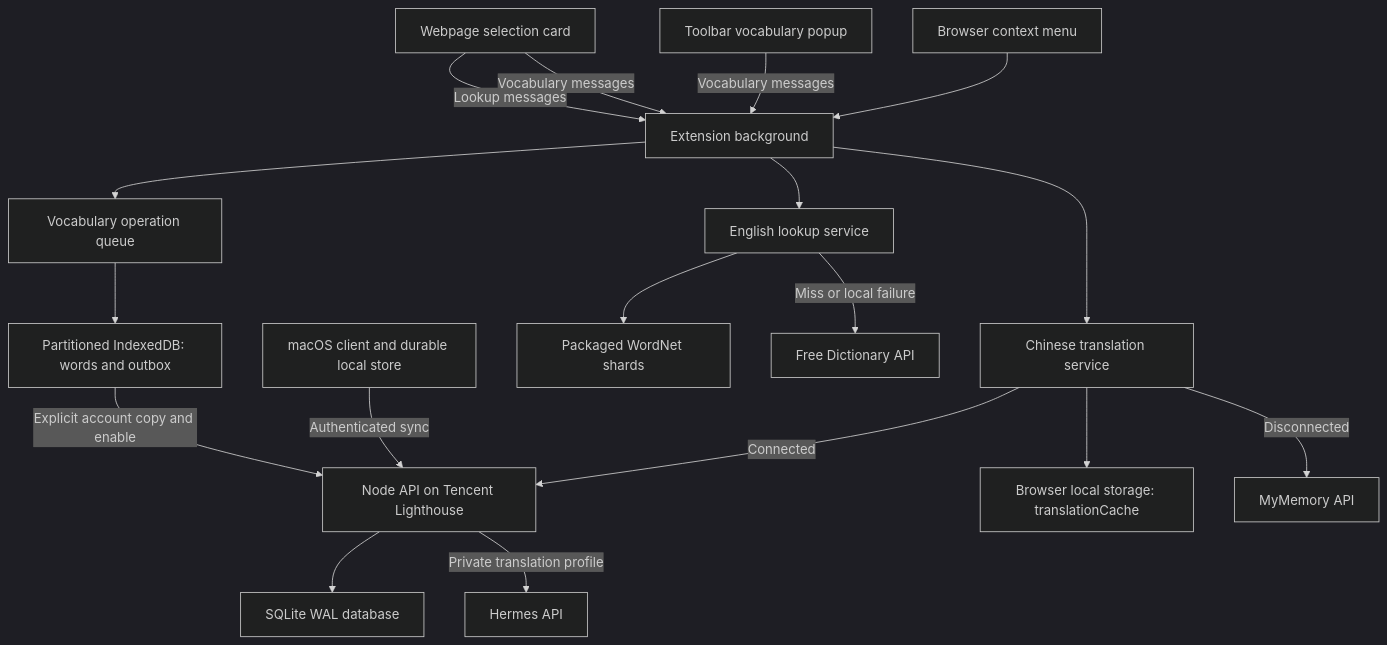
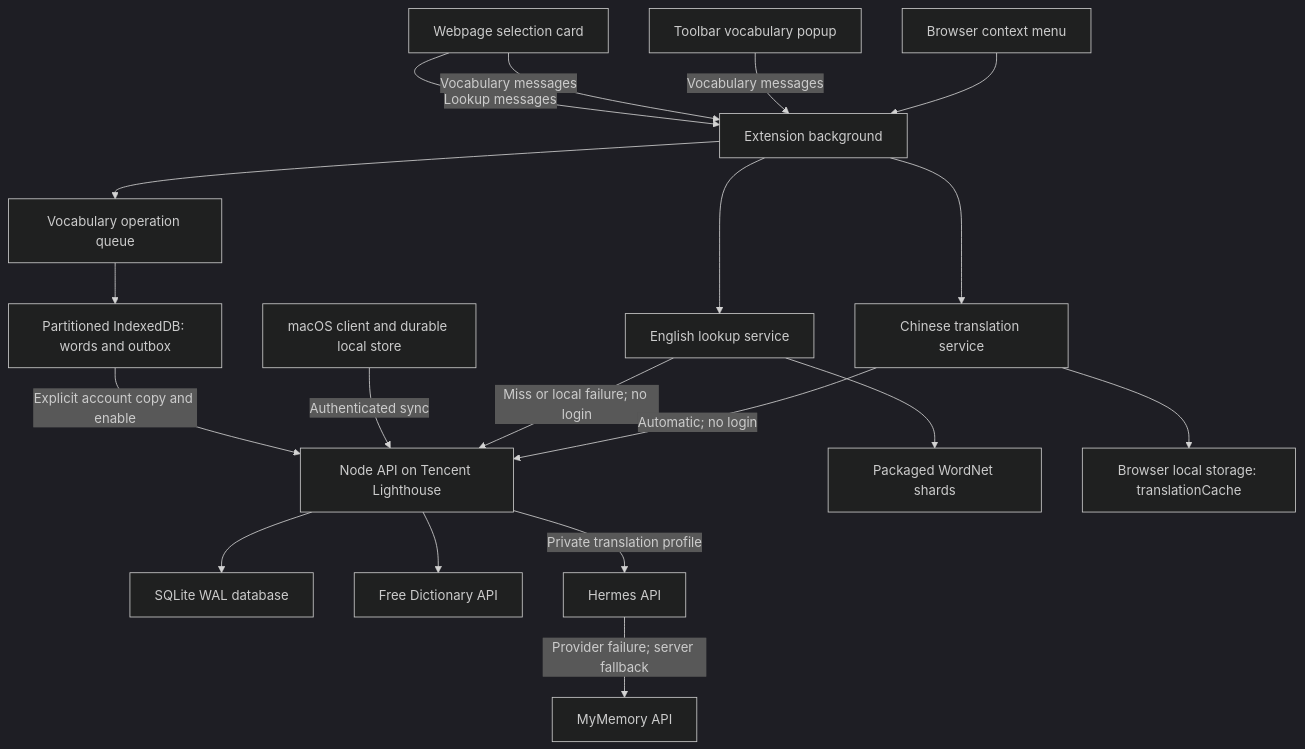
Before and after one commit to naijoug/rememeberme: the diagram in docs/architecture.md, drawn with Mermaid (dark theme). The commit also changed other lines of this file and 3 other files, not shown here.

````diff
--- a/docs/architecture.md
+++ b/docs/architecture.md
@@ -47,20 +47,21 @@
 ```mermaid
 flowchart TD
     Page[Webpage selection card] -->|Lookup messages| Background[Extension background]
     Page -->|Vocabulary messages| Background
     Popup[Toolbar vocabulary popup] -->|Vocabulary messages| Background
     Menu[Browser context menu] --> Background
     Background --> Queue[Vocabulary operation queue]
     Queue --> Words[Partitioned IndexedDB: words and outbox]
     Words -->|Explicit account copy and enable| API[Node API on Tencent Lighthouse]
     Mac[macOS client and durable local store] -->|Authenticated sync| API
     API --> SQLite[SQLite WAL database]
     Background --> English[English lookup service]
     English --> WordNet[Packaged WordNet shards]
-    English -->|Miss or local failure| Online[Free Dictionary API]
+    English -->|Miss or local failure; no login| API
+    API --> Online[Free Dictionary API]
     Background --> Chinese[Chinese translation service]
     Chinese --> Cache[Browser local storage: translationCache]
-    Chinese -->|Connected| API
+    Chinese -->|Automatic; no login| API
     API -->|Private translation profile| Hermes[Hermes API]
-    Chinese -->|Disconnected| MyMemory[MyMemory API]
+    Hermes -->|Provider failure; server fallback| MyMemory[MyMemory API]
 ```
````
